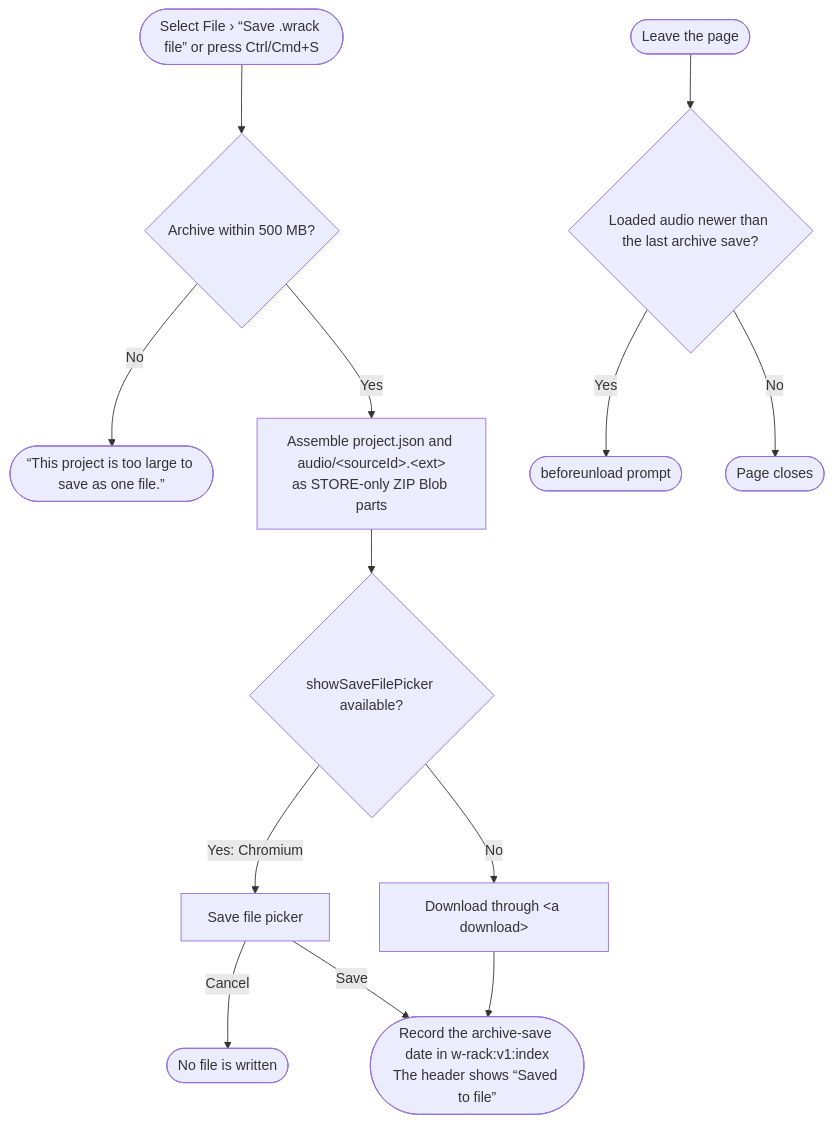
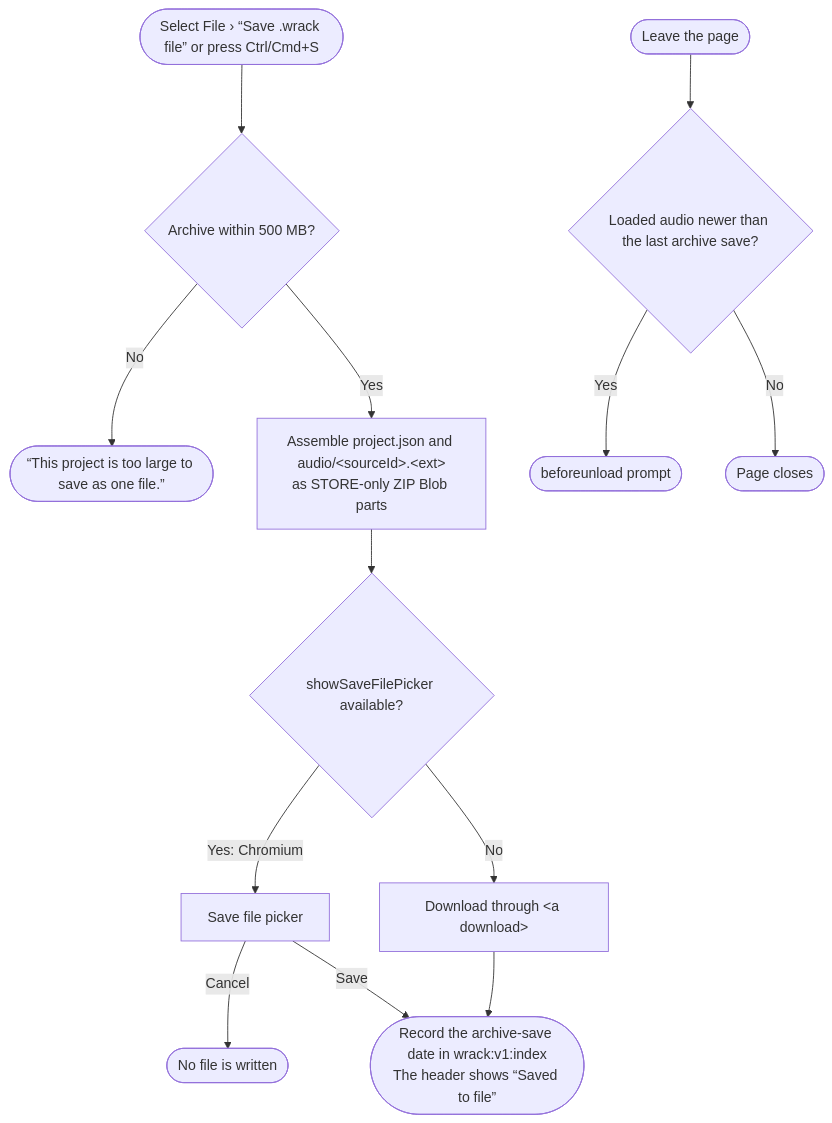
One commit to victor-almaraz/mpcs-51238-assignment-3 changed the eighth of 10 diagrams in README.md. Above: the diagram before and after it, drawn with Mermaid. The commit also changed other lines of this file and 58 other files, not shown here.

First line of the commit message:
chore: rename the app from W-Rack to Wrack

````diff
--- a/README.md
+++ b/README.md
@@ -184,16 +184,16 @@
 ```mermaid
 flowchart TD
   sw_start(["Select File › “Save .wrack file” or press Ctrl/Cmd+S"]) --> sw_size{"Archive within 500 MB?"}
   sw_size -->|"No"| sw_big(["“This project is too large to save as one file.”"])
   sw_size -->|"Yes"| sw_build["Assemble project.json and audio/#lt;sourceId#gt;.#lt;ext#gt;<br/>as STORE-only ZIP Blob parts"]
   sw_build --> sw_fsa{"showSaveFilePicker available?"}
   sw_fsa -->|"Yes: Chromium"| sw_picker["Save file picker"]
   sw_fsa -->|"No"| sw_anchor["Download through #lt;a download#gt;"]
   sw_picker -->|"Cancel"| sw_cancel(["No file is written"])
   sw_picker -->|"Save"| sw_mark
-  sw_anchor --> sw_mark(["Record the archive-save date in w-rack:v1:index<br/>The header shows “Saved to file”"])
+  sw_anchor --> sw_mark(["Record the archive-save date in wrack:v1:index<br/>The header shows “Saved to file”"])
 
   sw_leave(["Leave the page"]) --> sw_newer{"Loaded audio newer than the last archive save?"}
   sw_newer -->|"Yes"| sw_prompt(["beforeunload prompt"])
   sw_newer -->|"No"| sw_exit(["Page closes"])
 ```
````
